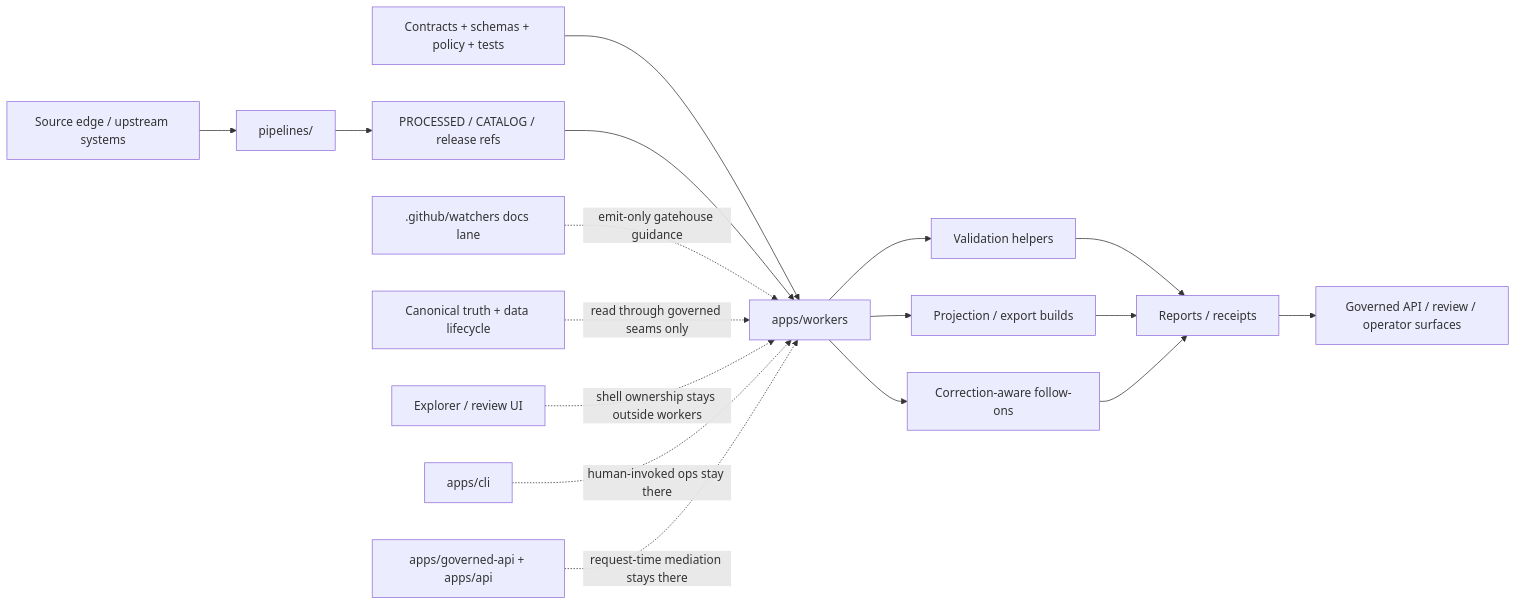
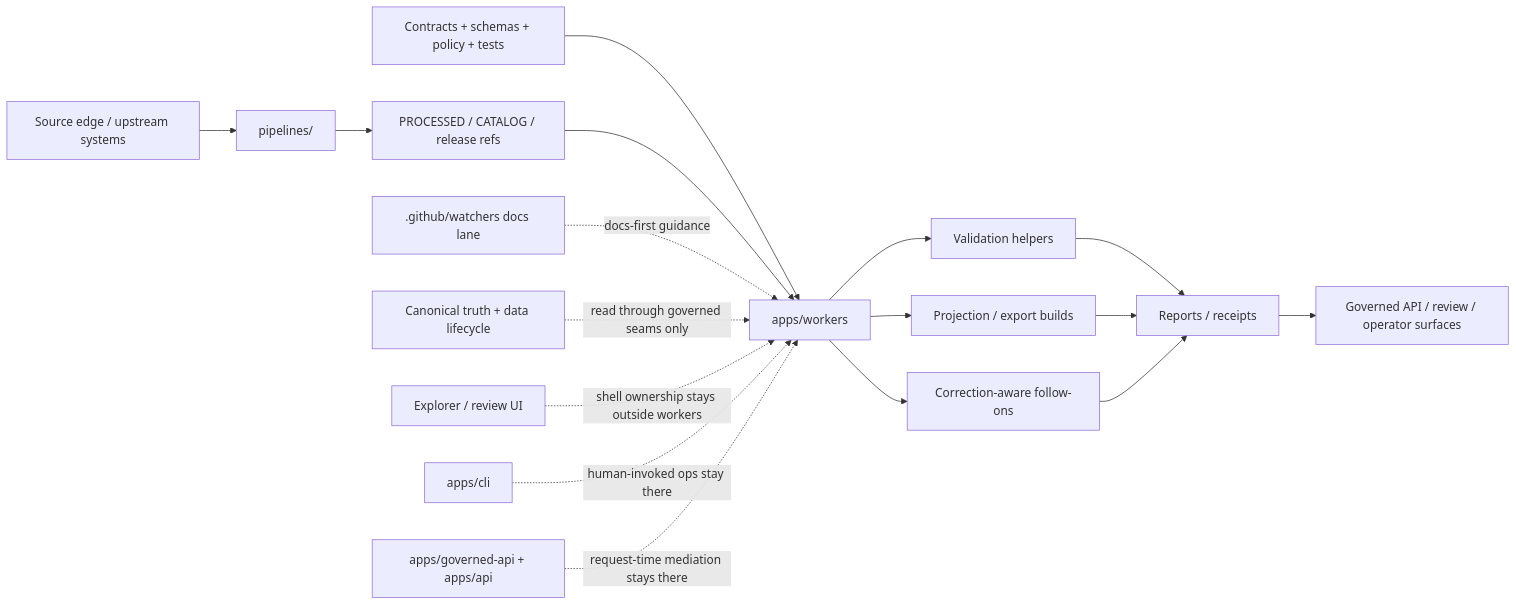
Before and after one commit to bartytime4life/Kansas-Frontier-Matrix: the diagram in apps/workers/README.md, drawn with Mermaid. The commit also changed other lines of this file, not shown here.

````diff
--- a/apps/workers/README.md
+++ b/apps/workers/README.md
@@ -328,25 +329,25 @@
 ```mermaid
 flowchart LR
     A[Source edge / upstream systems] --> P[pipelines/]
     P --> R[PROCESSED / CATALOG / release refs]
 
     C[Contracts + schemas + policy + tests] --> W[apps/workers]
     R --> W
 
-    G[.github/watchers docs lane] -. emit-only gatehouse guidance .-> W
+    G[.github/watchers docs lane] -. docs-first guidance .-> W
     T[Canonical truth + data lifecycle] -. read through governed seams only .-> W
 
     W --> D[Validation helpers]
     W --> E[Projection / export builds]
     W --> F[Correction-aware follow-ons]
 
     D --> O[Reports / receipts]
     E --> O
     F --> O
 
     O --> Z[Governed API / review / operator surfaces]
 
     UI[Explorer / review UI] -. shell ownership stays outside workers .-> W
     CLI[apps/cli] -. human-invoked ops stay there .-> W
     API[apps/governed-api + apps/api] -. request-time mediation stays there .-> W
 ```
````
